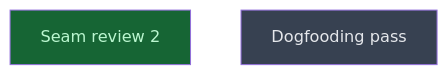
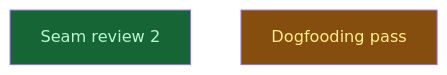
Before and after one commit to CrackingShells/Candler: the diagram in __roadmap__/integrity/causes/checkpoint/snapshot/review/README.md, drawn with Mermaid. The commit also changed other lines of this file and 16 other files, not shown here.

````diff
--- a/__roadmap__/integrity/causes/checkpoint/snapshot/review/README.md
+++ b/__roadmap__/integrity/causes/checkpoint/snapshot/review/README.md
@@ -17,10 +17,10 @@
 ```mermaid
 graph TD
     seam_review_two[Seam review 2]:::done
-    dogfood[Dogfooding pass]:::planned
+    dogfood[Dogfooding pass]:::inprogress
     classDef done       fill:#166534,color:#bbf7d0
     classDef inprogress fill:#854d0e,color:#fef08a
     classDef planned    fill:#374151,color:#e5e7eb
     classDef amendment  fill:#1e3a5f,color:#bfdbfe
     classDef blocked    fill:#7f1d1d,color:#fecaca
 ```
````
